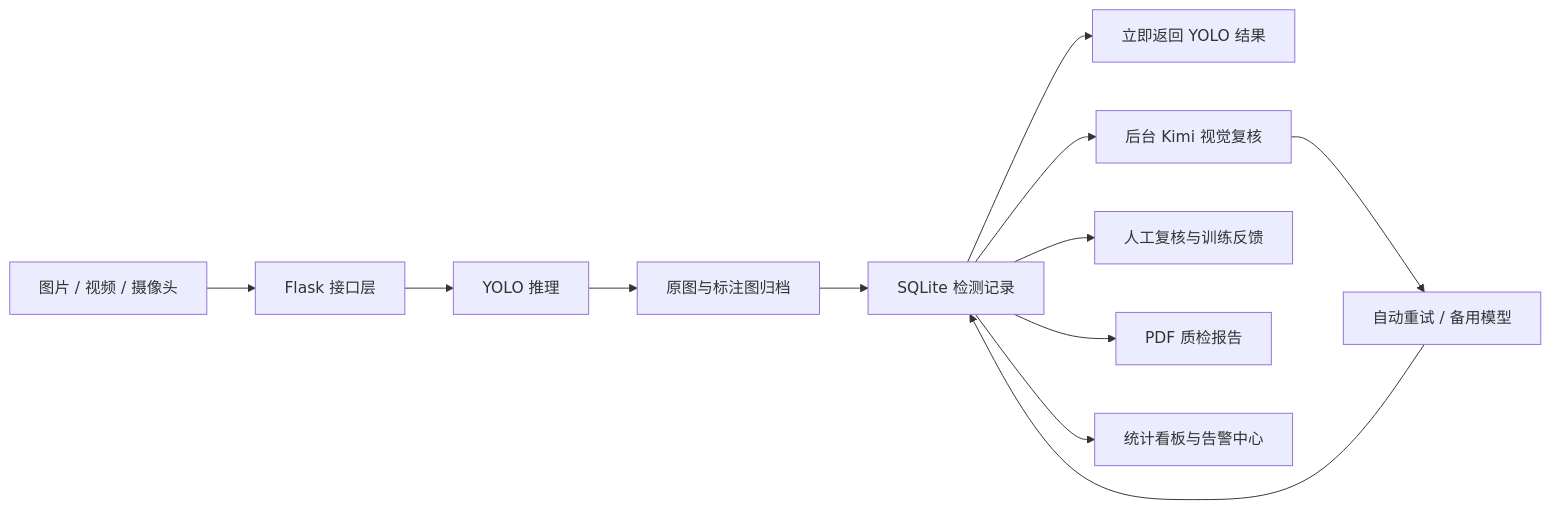
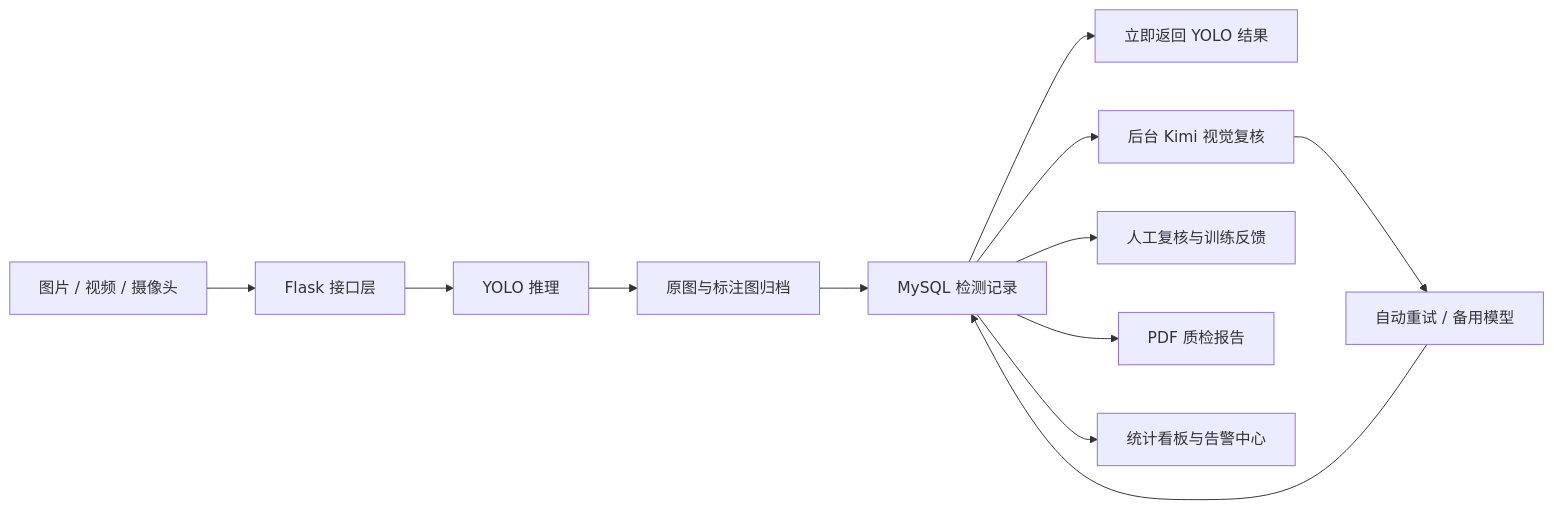
The diagram in README.md (AaaBinfinity/WeldSight-YOLO), drawn with Mermaid before and after one commit. The commit also changed other lines of this file and 49 other files, not shown here.

````diff
--- a/README.md
+++ b/README.md
@@ -46,14 +46,14 @@
 ```mermaid
 flowchart LR
     A["图片 / 视频 / 摄像头"] --> B["Flask 接口层"]
     B --> C["YOLO 推理"]
     C --> D["原图与标注图归档"]
-    D --> E["SQLite 检测记录"]
+    D --> E["MySQL 检测记录"]
     E --> F["立即返回 YOLO 结果"]
     E --> G["后台 Kimi 视觉复核"]
     G --> H["自动重试 / 备用模型"]
     H --> E
     E --> I["人工复核与训练反馈"]
     E --> J["PDF 质检报告"]
     E --> K["统计看板与告警中心"]
 ```
````
